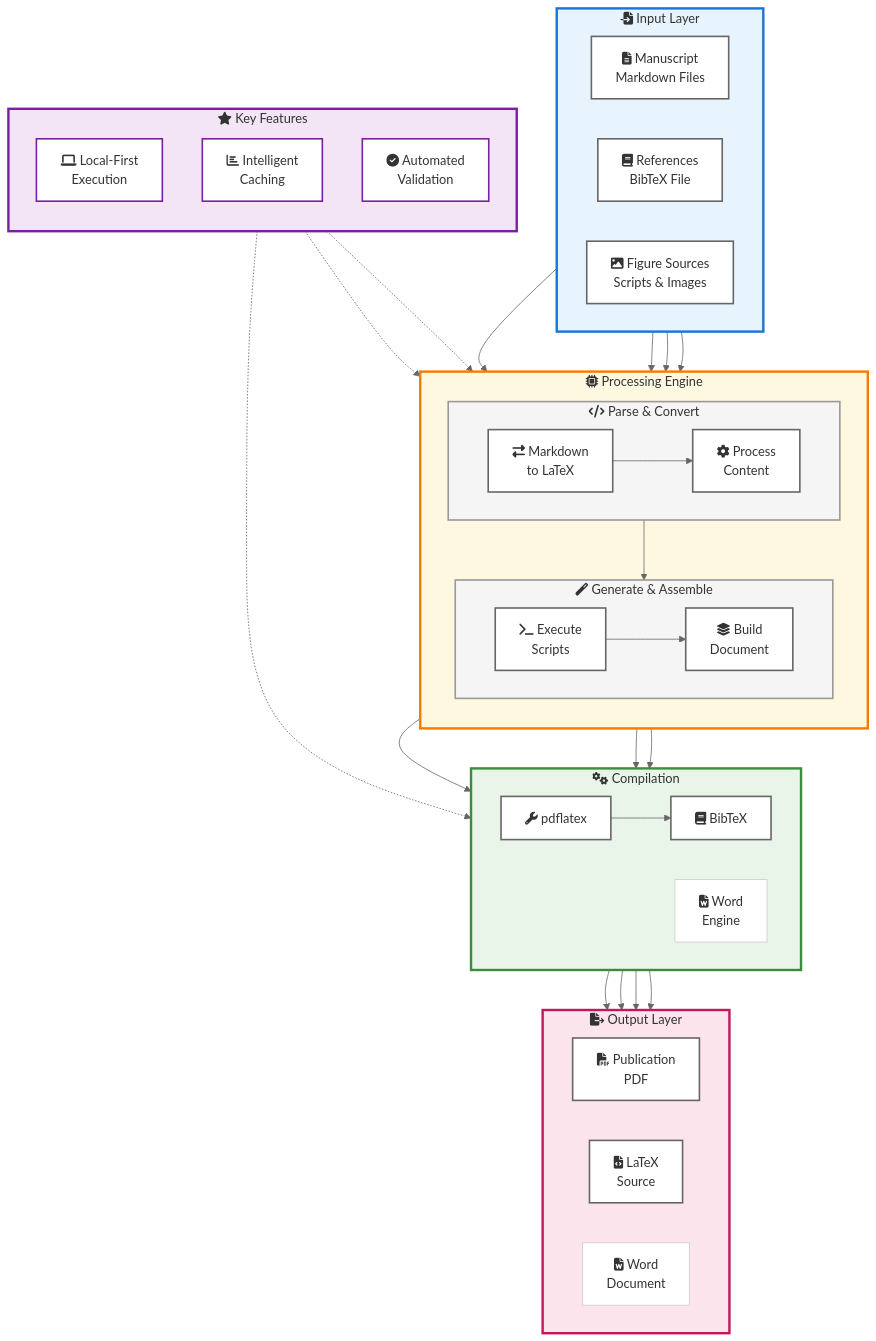
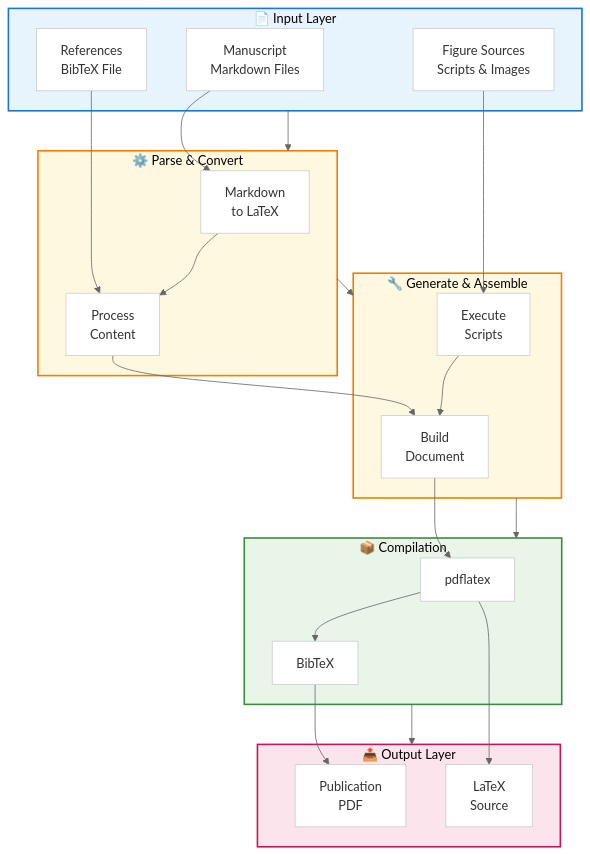
One commit to HenriquesLab/manuscript-rxiv-maker changed the diagram in MANUSCRIPT/FIGURES/SFigure__architecture.mmd. Above: the diagram before and after it, drawn with Mermaid.

Commit message:
fix: Simplify architecture diagram for mermaid.ink compatibility
The previous diagram (2995 chars, 99 lines) exceeded mermaid.ink's rendering
complexity limits, causing 400 errors and placeholder generation.

Simplified version (1376 chars, 57 lines):
- Removed nested PROCESS subgraph
- Removed FEATURES subgraph
- Replaced FontAwesome icons with Unicode emoji (simpler)
- Reduced from 8 to 4 class definitions
- Removed Word engine path to focus on core PDF workflow
- Kept essential architecture information

The diagram now renders successfully via mermaid.ink without placeholders.

```diff
--- a/MANUSCRIPT/FIGURES/SFigure__architecture.mmd
+++ b/MANUSCRIPT/FIGURES/SFigure__architecture.mmd
@@ -1,98 +1,57 @@
 ---
 config:
   theme: base
   themeVariables:
-    fontFamily: ''
     fontSize: 16px
     primaryColor: '#ffffff'
     primaryTextColor: '#333333'
     primaryBorderColor: '#cccccc'
     lineColor: '#666666'
     background: '#ffffff'
   layout: dagre
 ---
 flowchart TD
- subgraph INPUT["fa:fa-file-import Input Layer"]
-    direction LR
-        A1["fa:fa-file-alt Manuscript<br>Markdown Files"]
-        A2["fa:fa-book References<br>BibTeX File"]
-        A3["fa:fa-image Figure Sources<br>Scripts &amp; Images"]
+ subgraph INPUT["📄 Input Layer"]
+    A1["Manuscript<br>Markdown Files"]
+    A2["References<br>BibTeX File"]
+    A3["Figure Sources<br>Scripts & Images"]
   end
- subgraph PARSE["fa:fa-code Parse & Convert"]
-    direction LR
-        B1["fa:fa-exchange-alt Markdown<br>to LaTeX"]
-        B2["fa:fa-cog Process<br>Content"]
+ subgraph PARSE["⚙️ Parse & Convert"]
+    B1["Markdown<br>to LaTeX"]
+    B2["Process<br>Content"]
   end
- subgraph GEN["fa:fa-magic Generate & Assemble"]
-    direction LR
-        C1["fa:fa-terminal Execute<br>Scripts"]
-        C2["fa:fa-layer-group Build<br>Document"]
+ subgraph GEN["🔧 Generate & Assemble"]
+    C1["Execute<br>Scripts"]
+    C2["Build<br>Document"]
   end
- subgraph PROCESS["fa:fa-microchip Processing Engine"]
-    direction TB
-        PARSE
-        GEN
+ subgraph COMPILE["📦 Compilation"]
+    D1["pdflatex"]
+    D2["BibTeX"]
   end
- subgraph COMPILE["fa:fa-cogs Compilation"]
-    direction LR
-        D1["fa:fa-wrench pdflatex"]
-        D2["fa:fa-book BibTeX"]
-        D3["fa:fa-file-word Word<br>Engine"]
+ subgraph OUTPUT["📤 Output Layer"]
+    E1["Publication<br>PDF"]
+    E2["LaTeX<br>Source"]
   end
- subgraph OUTPUT["fa:fa-file-export Output Layer"]
-    direction LR
-        E1["fa:fa-file-pdf Publication<br>PDF"]
-        E2["fa:fa-file-code LaTeX<br>Source"]
-        E3["fa:fa-file-word Word<br>Document"]
-  end
- subgraph FEATURES["fa:fa-star Key Features"]
-    direction TB
-        F1["fa:fa-laptop Local-First<br>Execution"]
-        F2["fa:fa-chart-bar Intelligent<br>Caching"]
-        F3["fa:fa-check-circle Automated<br>Validation"]
-  end
-    INPUT --> PROCESS
-    PROCESS --> COMPILE
+    INPUT --> PARSE
+    PARSE --> GEN
+    GEN --> COMPILE
     COMPILE --> OUTPUT
     A1 --> B1
     A2 --> B2
     A3 --> C1
     B1 --> B2
     B2 --> C2
     C1 --> C2
-    C2 --> D1 & D3
-    D1 --> D2 & E2
+    C2 --> D1
+    D1 --> D2
     D2 --> E1
-    D3 --> E3
-    FEATURES -.-> PROCESS
-    F2 -.-> C1
-    F3 -.-> COMPILE
-     A1:::componentBox
-     A2:::componentBox
-     A3:::componentBox
-     B1:::componentBox
-     B2:::componentBox
-     C1:::componentBox
-     C2:::componentBox
-     PARSE:::stageBox
-     GEN:::stageBox
-     D1:::componentBox
-     D2:::componentBox
-     E1:::componentBox
-     E2:::componentBox
-     F1:::featureComponent
-     F2:::featureComponent
-     F3:::featureComponent
-     INPUT:::inputBox
-     PROCESS:::processBox
-     COMPILE:::compileBox
-     OUTPUT:::outputBox
-     FEATURES:::featureBox
-    classDef inputBox fill:#e8f4fd,stroke:#1976d2,stroke-width:3px,color:#333
-    classDef processBox fill:#fff8e1,stroke:#f57c00,stroke-width:3px,color:#333
-    classDef compileBox fill:#e8f5e8,stroke:#388e3c,stroke-width:3px,color:#333
-    classDef outputBox fill:#fce4ec,stroke:#c2185b,stroke-width:3px,color:#333
-    classDef featureBox fill:#f3e5f5,stroke:#7b1fa2,stroke-width:3px,color:#333
-    classDef stageBox fill:#f5f5f5,stroke:#999999,stroke-width:2px,color:#333
-    classDef componentBox fill:#ffffff,stroke:#666666,stroke-width:2px,color:#333
-    classDef featureComponent fill:#ffffff,stroke:#7b1fa2,stroke-width:2px,color:#333
+    D1 --> E2
+   classDef inputBox fill:#e8f4fd,stroke:#1976d2,stroke-width:2px
+   classDef processBox fill:#fff8e1,stroke:#f57c00,stroke-width:2px
+   classDef compileBox fill:#e8f5e8,stroke:#388e3c,stroke-width:2px
+   classDef outputBox fill:#fce4ec,stroke:#c2185b,stroke-width:2px
+   INPUT:::inputBox
+   PARSE:::processBox
+   GEN:::processBox
+   COMPILE:::compileBox
+   OUTPUT:::outputBox
```
